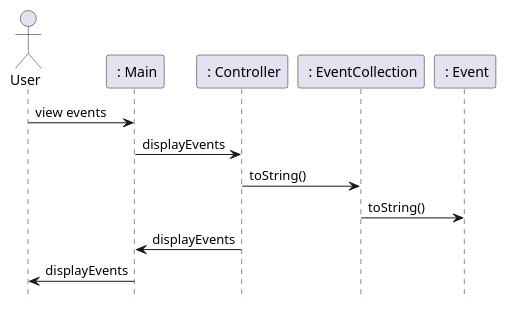
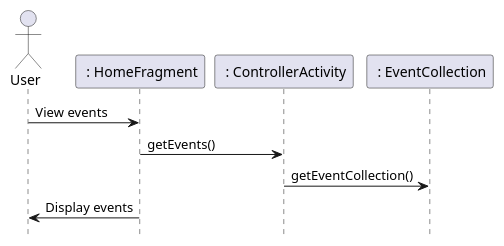
Before and after one commit to seamusgould/WhatsUpApp: the third of 4 diagrams in intellij/doc/design.md, drawn with PlantUML. The commit also changed other lines of this file, not shown here.

Commit message:
updated post event and view event sequence diagram

````diff
--- a/intellij/doc/design.md
+++ b/intellij/doc/design.md
@@ -81,23 +79,16 @@
 ```plantuml
 @startuml
 hide footbox
 actor User as user
-participant " : Main" as main
-participant " : Controller" as cont
+participant " : HomeFragment" as homeFrag
+participant " : ControllerActivity" as cont
 participant " : EventCollection" as coll
-participant " : Event" as event
 
-user -> main: view events
+user -> homeFrag: View events
+homeFrag -> cont: getEvents()
+cont -> coll: getEventCollection()
 
-main -> cont: displayEvents
-
-cont -> coll: toString()
-
-coll -> event: toString()
-
-cont -> main: displayEvents
-
-main -> user: displayEvents
+homeFrag -> user: Display events
 
 @enduml
 ```
````
